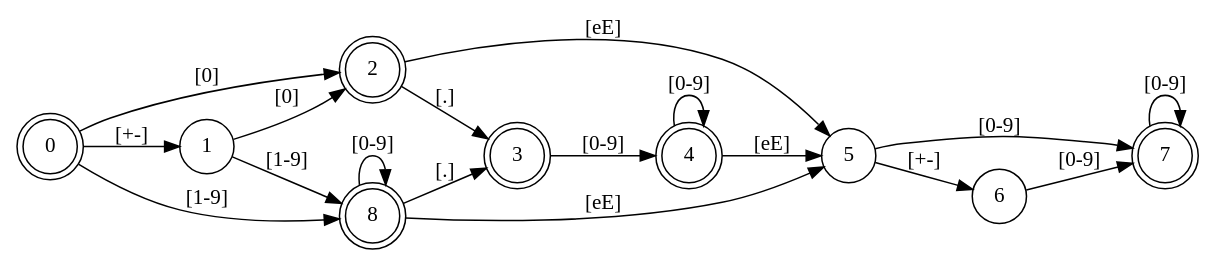
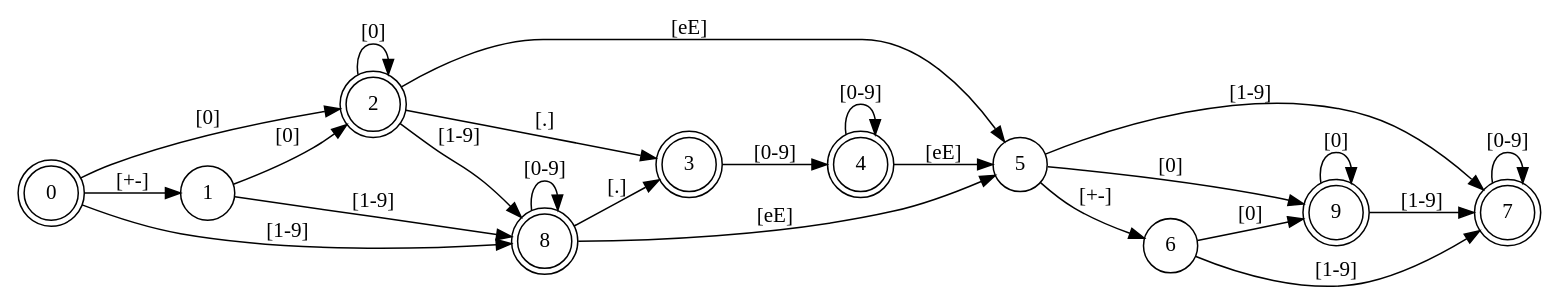
Before and after one commit to rsmith-nl/stringview: the diagram in sv8tod.dot, drawn with Graphviz. The commit also changed 2 other files, not shown here.

```diff
--- a/sv8tod.dot
+++ b/sv8tod.dot
@@ -1,22 +1,28 @@
 digraph fsm_floating_point {
     rankdir=LR;
-    node [shape=doublecircle]; 0, 2, 3, 4, 7, 8;
+    node [shape=doublecircle]; 0, 2, 3, 4, 7, 8, 9;
     node [shape=circle];
     0 -> 1 [label="[+-]"];
     0 -> 2 [label="[0]"];
     1 -> 2 [label="[0]"];
+    2 -> 2 [label="[0]"];
+    2 -> 8 [label="[1-9]"];
     0 -> 8 [label="[1-9]"];
     1 -> 8 [label="[1-9]"];
     8 -> 8 [label="[0-9]"];
     2 -> 3 [label="[.]"];
     8 -> 3 [label="[.]"];
     3 -> 4 [label="[0-9]"];
     4 -> 4 [label="[0-9]"];
     2 -> 5 [label="[eE]"];
     4 -> 5 [label="[eE]"];
     8 -> 5 [label="[eE]"];
     5 -> 6 [label="[+-]"];
-    5 -> 7 [label="[0-9]"];
-    6 -> 7 [label="[0-9]"];
+    5 -> 7 [label="[1-9]"];
+    6 -> 7 [label="[1-9]"];
     7 -> 7 [label="[0-9]"];
+    5 -> 9 [label="[0]"];
+    6 -> 9 [label="[0]"];
+    9 -> 7 [label="[1-9]"];
+    9 -> 9 [label="[0]"];
 }
```
